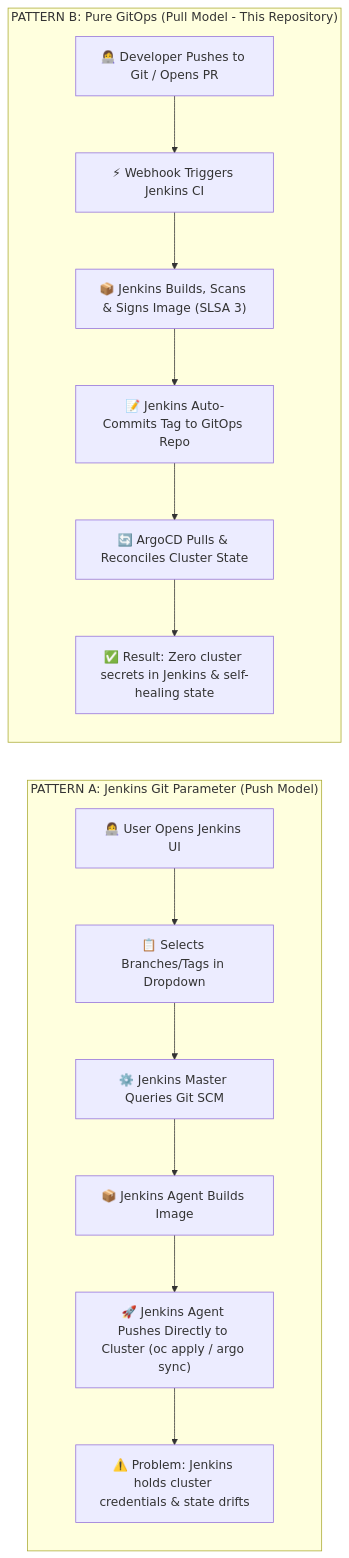
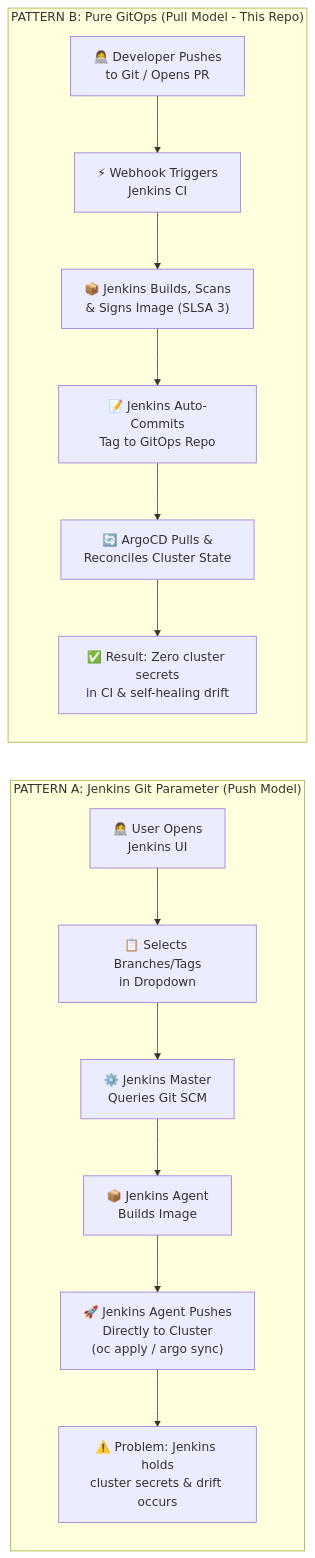
Before and after one commit to nubenetes/jenkins-without-git-parameter: the fifth of 11 diagrams in README.md, drawn with Mermaid. The commit also changed other lines of this file, not shown here.

Commit message:
docs: optimize Mermaid diagram text wrapping, line breaks, and labels to prevent text truncation

````diff
--- a/README.md
+++ b/README.md
@@ -456,20 +456,20 @@
 ```mermaid
 flowchart LR
     subgraph PatternA["PATTERN A: Jenkins Git Parameter (Push Model)"]
         direction TB
-        A1["👩‍💻 User Opens Jenkins UI"] --> A2["📋 Selects Branches/Tags in Dropdown"]
-        A2 --> A3["⚙️ Jenkins Master Queries Git SCM"]
-        A3 --> A4["📦 Jenkins Agent Builds Image"]
-        A4 --> A5["🚀 Jenkins Agent Pushes Directly to Cluster (oc apply / argo sync)"]
-        A5 --> A6["⚠️ Problem: Jenkins holds cluster credentials & state drifts"]
+        A1["👩‍💻 User Opens<br/>Jenkins UI"] --> A2["📋 Selects Branches/Tags<br/>in Dropdown"]
+        A2 --> A3["⚙️ Jenkins Master<br/>Queries Git SCM"]
+        A3 --> A4["📦 Jenkins Agent<br/>Builds Image"]
+        A4 --> A5["🚀 Jenkins Agent Pushes<br/>Directly to Cluster<br/>(oc apply / argo sync)"]
+        A5 --> A6["⚠️ Problem: Jenkins holds<br/>cluster secrets & drift occurs"]
     end
 
-    subgraph PatternB["PATTERN B: Pure GitOps (Pull Model - This Repository)"]
+    subgraph PatternB["PATTERN B: Pure GitOps (Pull Model - This Repo)"]
         direction TB
-        B1["👩‍💻 Developer Pushes to Git / Opens PR"] --> B2["⚡ Webhook Triggers Jenkins CI"]
-        B2 --> B3["📦 Jenkins Builds, Scans & Signs Image (SLSA 3)"]
-        B3 --> B4["📝 Jenkins Auto-Commits Tag to GitOps Repo"]
-        B4 --> B5["🔄 ArgoCD Pulls & Reconciles Cluster State"]
-        B5 --> B6["✅ Result: Zero cluster secrets in Jenkins & self-healing state"]
+        B1["👩‍💻 Developer Pushes<br/>to Git / Opens PR"] --> B2["⚡ Webhook Triggers<br/>Jenkins CI"]
+        B2 --> B3["📦 Jenkins Builds, Scans<br/>& Signs Image (SLSA 3)"]
+        B3 --> B4["📝 Jenkins Auto-Commits<br/>Tag to GitOps Repo"]
+        B4 --> B5["🔄 ArgoCD Pulls &<br/>Reconciles Cluster State"]
+        B5 --> B6["✅ Result: Zero cluster secrets<br/>in CI & self-healing drift"]
     end
 ```
````
